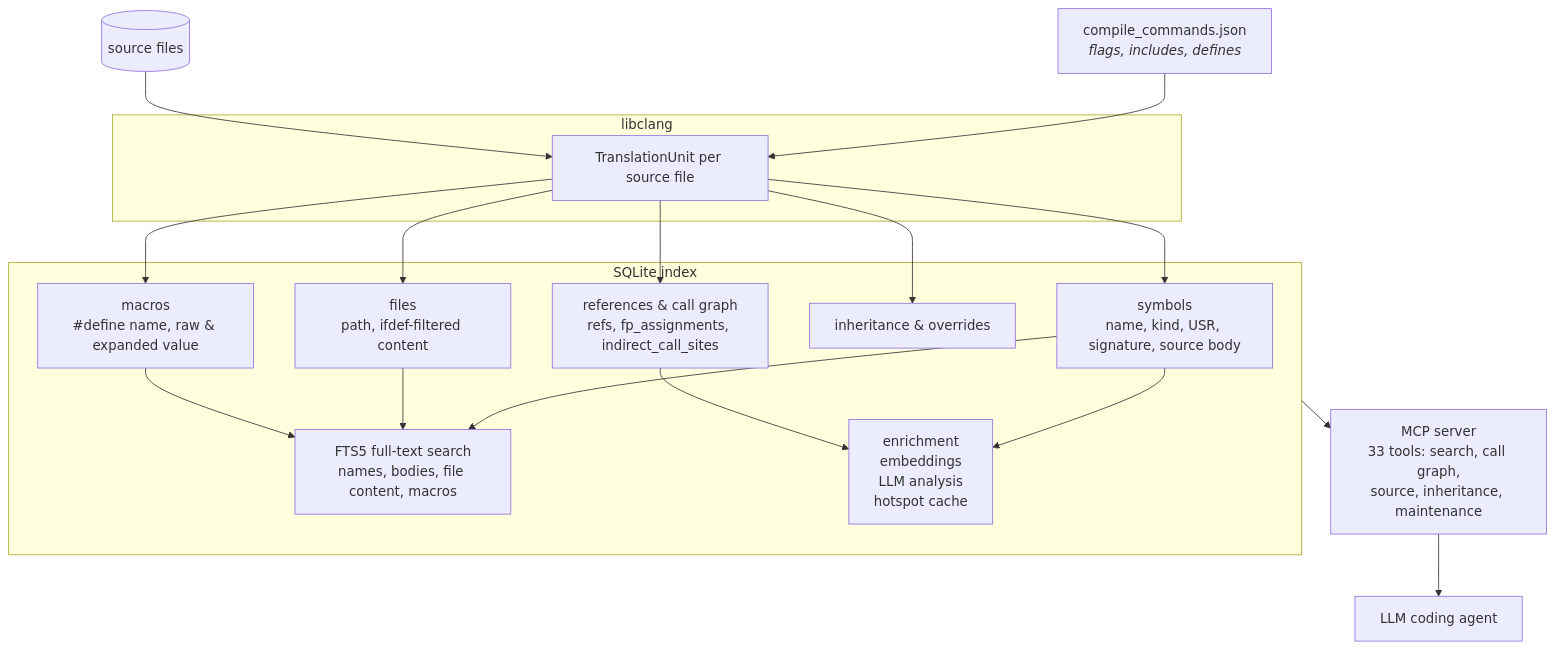
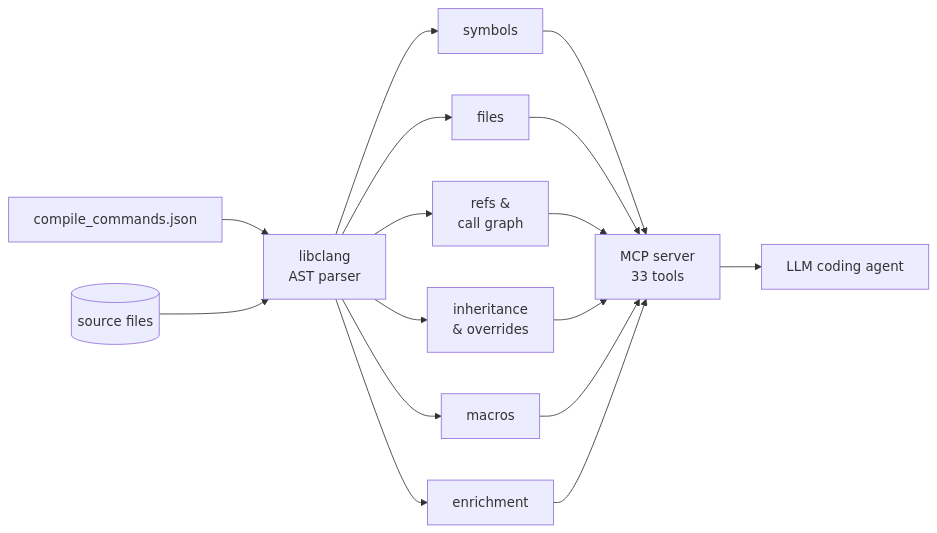
One commit to turbyho/fw-context-mcp changed the diagram in README.md. Above: the diagram before and after it, drawn with Mermaid.

Commit message:
docs: simplify architecture diagram to flat LR flow
Replace multi-level subgraph layout with single-line flow:
sources -> libclang -> index nodes -> MCP -> LLM. Fixes
centering and overflow issues from the previous version.

Files:
  README.md — reduce Mermaid diagram from 30+ lines to 6 lines

````diff
--- a/README.md
+++ b/README.md
@@ -55,35 +55,7 @@
 ```mermaid
-flowchart TD
-    CCJ[compile_commands.json<br/><i>flags, includes, defines</i>] --> LIBCLANG
-    SRC[(source files)] --> LIBCLANG
-
-    subgraph PARSER[" libclang "]
-        LIBCLANG[TranslationUnit per source file]
-    end
-
-    subgraph INDEX[" SQLite index "]
-        SYMBOLS[symbols<br/>name, kind, USR, signature, source body]
-        FILES[files<br/>path, ifdef-filtered content]
-        FTS5[FTS5 full-text search<br/>names, bodies, file content, macros]
-        REFS[references &amp; call graph<br/>refs, fp_assignments, indirect_call_sites]
-        INHERIT[inheritance &amp; overrides]
-        MACROS[macros<br/>#define name, raw &amp; expanded value]
-        ENRICH[enrichment<br/>embeddings<br/>LLM analysis<br/>hotspot cache]
-    end
-
-    MCP[MCP server<br/>33 tools: search, call graph,<br/>source, inheritance, maintenance]
-    LLM[LLM coding agent]
-
-    LIBCLANG --> SYMBOLS
-    LIBCLANG --> FILES
-    LIBCLANG --> REFS
-    LIBCLANG --> INHERIT
-    LIBCLANG --> MACROS
-    SYMBOLS --> FTS5
-    SYMBOLS --> ENRICH
-    FILES --> FTS5
-    MACROS --> FTS5
-    REFS --> ENRICH
-    INDEX --> MCP
-    MCP --> LLM
+flowchart LR
+    CCJ[compile_commands.json] & SRC[(source files)] --> LIBCLANG[libclang<br/>AST parser]
+    LIBCLANG --> SYMBOLS[symbols] & FILES[files] & REFS[refs &amp;<br/>call graph] & INHERIT[inheritance<br/>&amp; overrides] & MACROS[macros] & ENRICH[enrichment]
+    SYMBOLS & FILES & REFS & INHERIT & MACROS & ENRICH --> MCP[MCP server<br/>33 tools]
+    MCP --> LLM[LLM coding agent]
 ```
````
